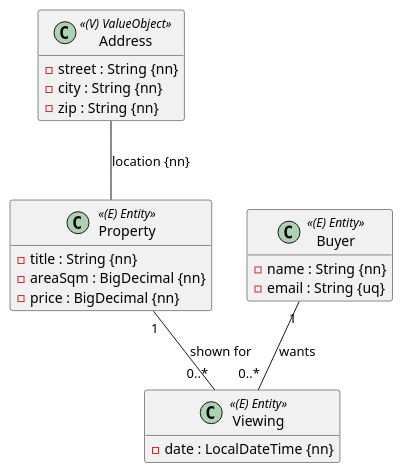
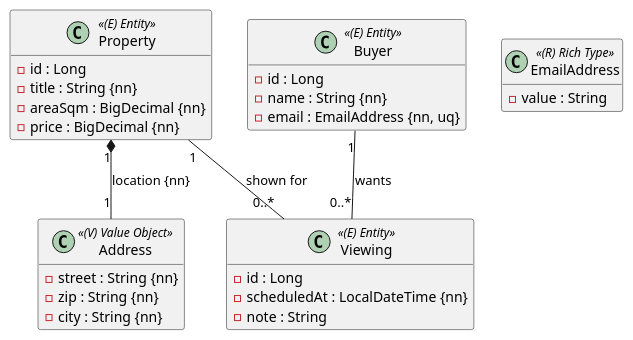
Before and after one commit to SJ2627-POS-Lernwerkstatt/SJ2627-POS-Lernwerkstatt.github.io: the diagram in src/content/pruefungen/exercises/01-immobilienmakler.md, drawn with PlantUML. The commit also changed other lines of this file and 14 other files, not shown here.

````diff
--- a/src/content/pruefungen/exercises/01-immobilienmakler.md
+++ b/src/content/pruefungen/exercises/01-immobilienmakler.md
@@ -36,30 +37,38 @@
 ```plantuml
 @startuml
 hide empty methods
 
-class Address <<(V) ValueObject>> {
+class Address <<(V) Value Object>> {
   - street : String {nn}
+  - zip : String {nn}
   - city : String {nn}
-  - zip : String {nn}
+}
+
+class EmailAddress <<(R) Rich Type>> {
+  - value : String
 }
 
 class Property <<(E) Entity>> {
+  - id : Long
   - title : String {nn}
   - areaSqm : BigDecimal {nn}
   - price : BigDecimal {nn}
 }
 
 class Buyer <<(E) Entity>> {
+  - id : Long
   - name : String {nn}
-  - email : String {uq}
+  - email : EmailAddress {nn, uq}
 }
 
 class Viewing <<(E) Entity>> {
-  - date : LocalDateTime {nn}
+  - id : Long
+  - scheduledAt : LocalDateTime {nn}
+  - note : String
 }
 
-Address -- Property : location {nn}
+Property "1" *-- "1" Address : location {nn}
 Property "1" -- "0..*" Viewing : shown for
 Buyer "1" -- "0..*" Viewing : wants
 @enduml
 ```
````
